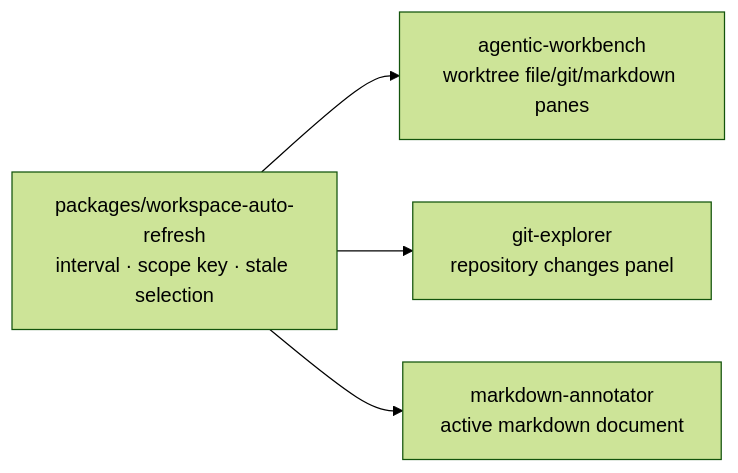
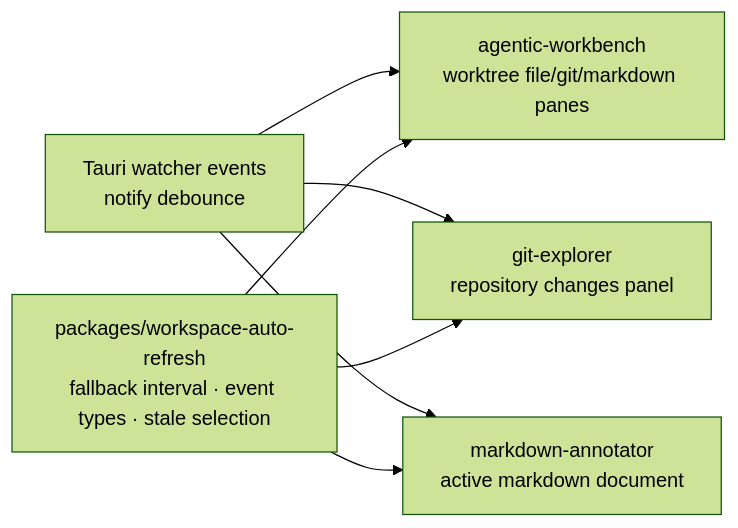
Before and after one commit to yoophi/agentic-workspace: the third of 3 diagrams in docs/project-worktree-session-workspace-plan.md, drawn with Mermaid (forest theme). The commit also changed other lines of this file and 27 other files, not shown here.

Commit message:
feat: use watcher events for workspace auto refresh

````diff
--- a/docs/project-worktree-session-workspace-plan.md
+++ b/docs/project-worktree-session-workspace-plan.md
@@ -315,11 +316,15 @@
 ```mermaid
 flowchart LR
-  Core["packages/workspace-auto-refresh<br/>interval · scope key · stale selection"]
+  Core["packages/workspace-auto-refresh<br/>fallback interval · event types · stale selection"]
+  Watcher["Tauri watcher events<br/>notify debounce"]
   AW["agentic-workbench<br/>worktree file/git/markdown panes"]
   GE["git-explorer<br/>repository changes panel"]
   MA["markdown-annotator<br/>active markdown document"]
 
+  Watcher --> AW
+  Watcher --> GE
+  Watcher --> MA
   Core --> AW
   Core --> GE
   Core --> MA
 ```
````
